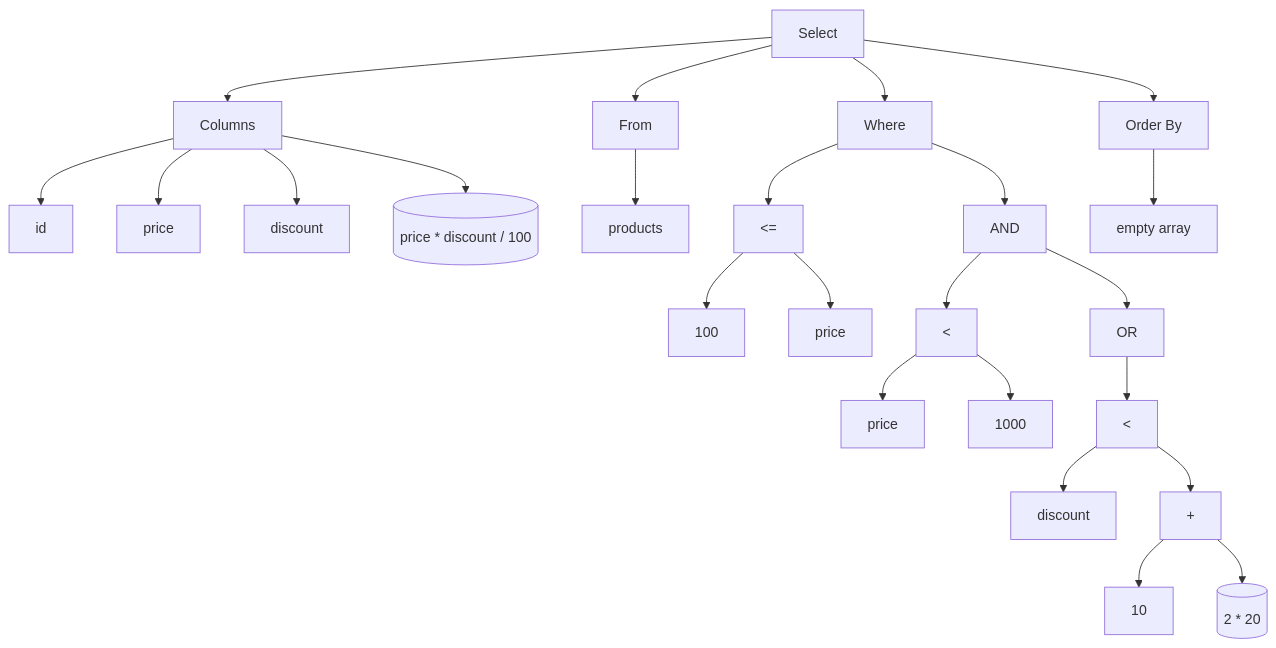
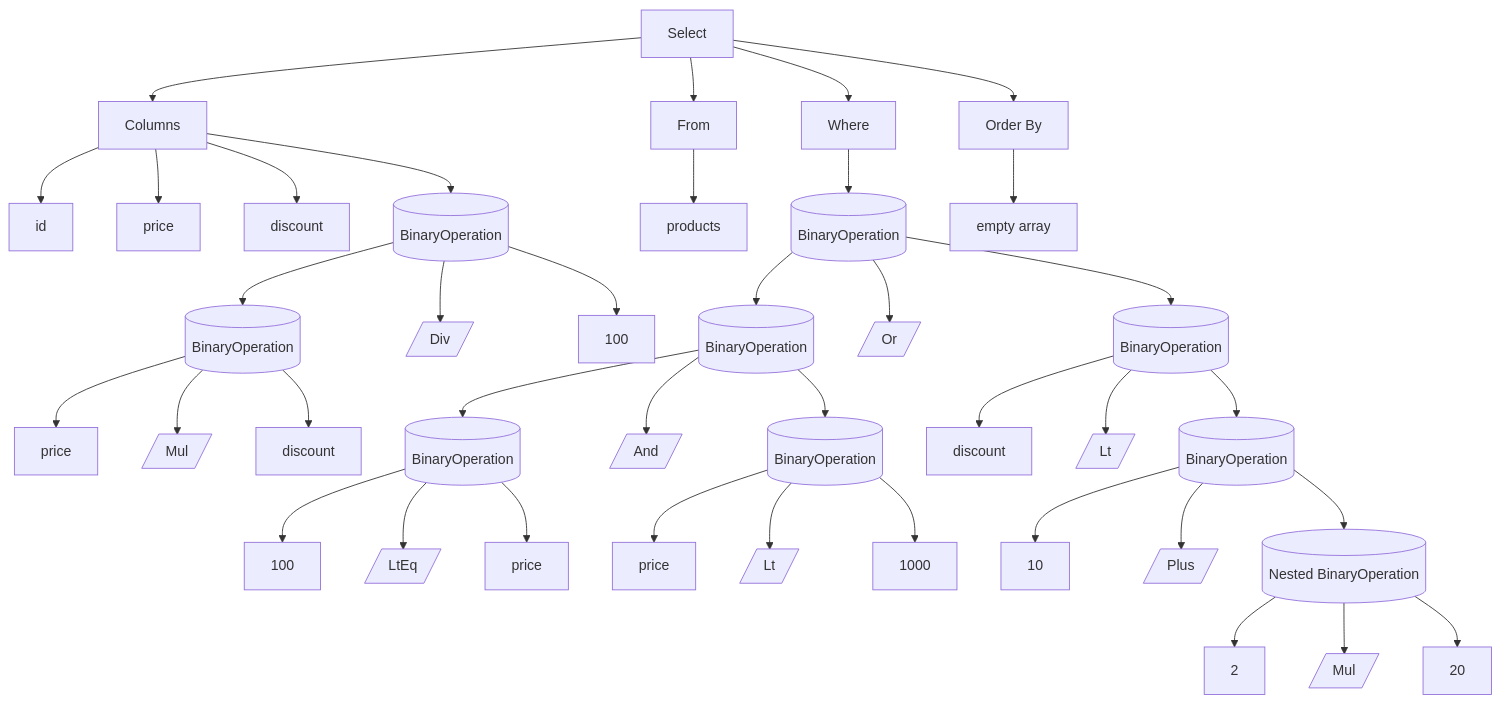
Before and after one commit to TickLabVN/challenges: the fourth of 4 diagrams in engineer/cs/simple-csv-query-tool/timelines/week_2/testcase.md, drawn with Mermaid.

````diff
--- a/engineer/cs/simple-csv-query-tool/timelines/week_2/testcase.md
+++ b/engineer/cs/simple-csv-query-tool/timelines/week_2/testcase.md
@@ -168,28 +168,52 @@
 ```mermaid
 flowchart TD
     S[Select]
     S --> C[Columns]
     S --> F[From]
     S --> W[Where]
     S --> O[Order By]
 
     C --> ID[id]
     C --> PRICE[price]
     C --> DISCOUNT[discount]
-    C --> EXPR[(price * discount / 100)]
+    C --> EXPR1[(BinaryOperation)]
+    EXPR1 --> LEFT1[(BinaryOperation)]
+    EXPR1 --> OP1[/Div/]
+    EXPR1 --> RIGHT1[100]
+    LEFT1 --> LEFT2[price]
+    LEFT1 --> OP2[/Mul/]
+    LEFT1 --> RIGHT2[discount]
+    
     F --> PRODUCTS[products]
-    W --> OP1[<=]
-    OP1 --> VAL100[100]
-    OP1 --> PRICE2[price]
-    W --> AND[AND]
-    AND --> OP2[<]
-    OP2 --> PRICE3[price]
-    OP2 --> VAL1000[1000]
-    AND --> OR[OR]
-    OR --> OP3[<]
-    OP3 --> DISCOUNT2[discount]
-    OP3 --> PLUS[+]
-    PLUS --> VAL10[10]
-    PLUS --> NESTED[(2 * 20)]
+
+    W --> OP3[(BinaryOperation)]
+    OP3 --> LEFT3[(BinaryOperation)]
+    OP3 --> OP4[/Or/]
+    OP3 --> RIGHT4[(BinaryOperation)]
+
+    LEFT3 --> LEFT4[(BinaryOperation)]
+    LEFT3 --> OP5[/And/]
+    LEFT3 --> RIGHT5[(BinaryOperation)]
+    
+    LEFT4 --> LEFT5[100]
+    LEFT4 --> OP6[/LtEq/]
+    LEFT4 --> RIGHT6[price]
+
+    RIGHT5 --> LEFT6[price]
+    RIGHT5 --> OP7[/Lt/]
+    RIGHT5 --> RIGHT7[1000]
+
+    RIGHT4 --> LEFT7[discount]
+    RIGHT4 --> OP8[/Lt/]
+    RIGHT4 --> RIGHT8[(BinaryOperation)]
+
+    RIGHT8 --> LEFT8[10]
+    RIGHT8 --> OP9[/Plus/]
+    RIGHT8 --> RIGHT9[(Nested BinaryOperation)]
+
+    RIGHT9 --> LEFT9[2]
+    RIGHT9 --> OP10[/Mul/]
+    RIGHT9 --> RIGHT10[20]
+
     O --> EMPTY[empty array]
 ```
````
